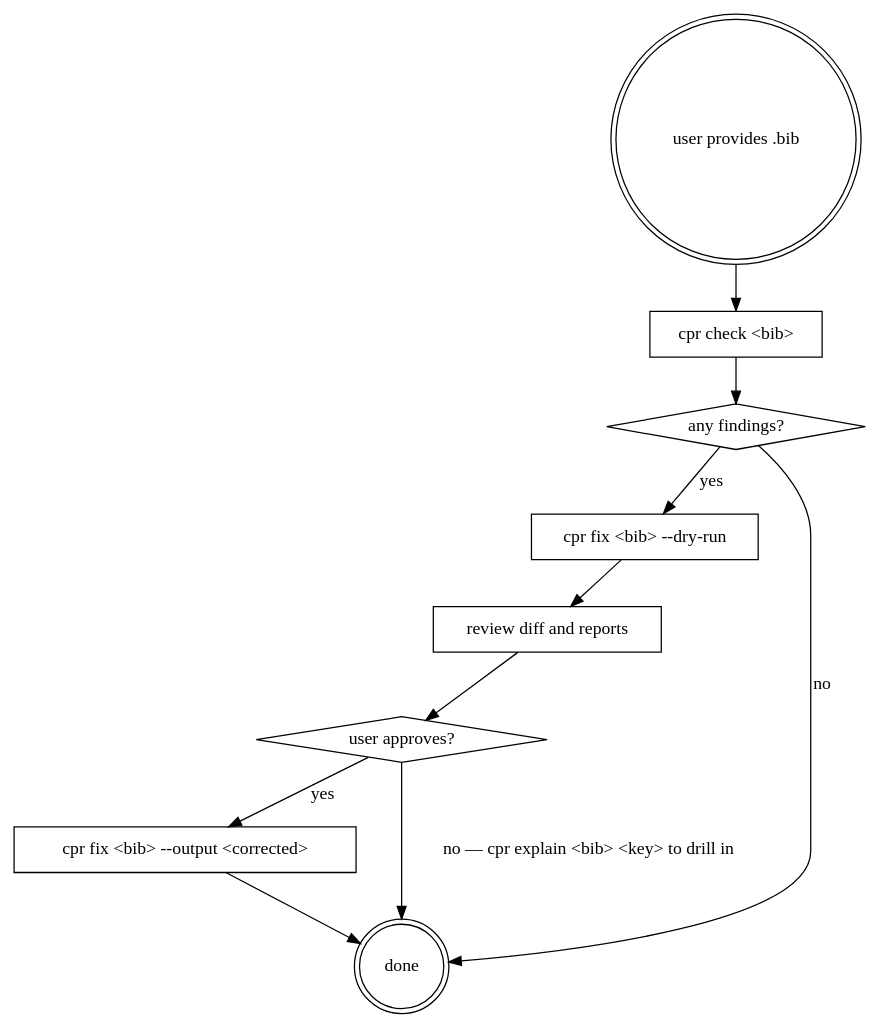
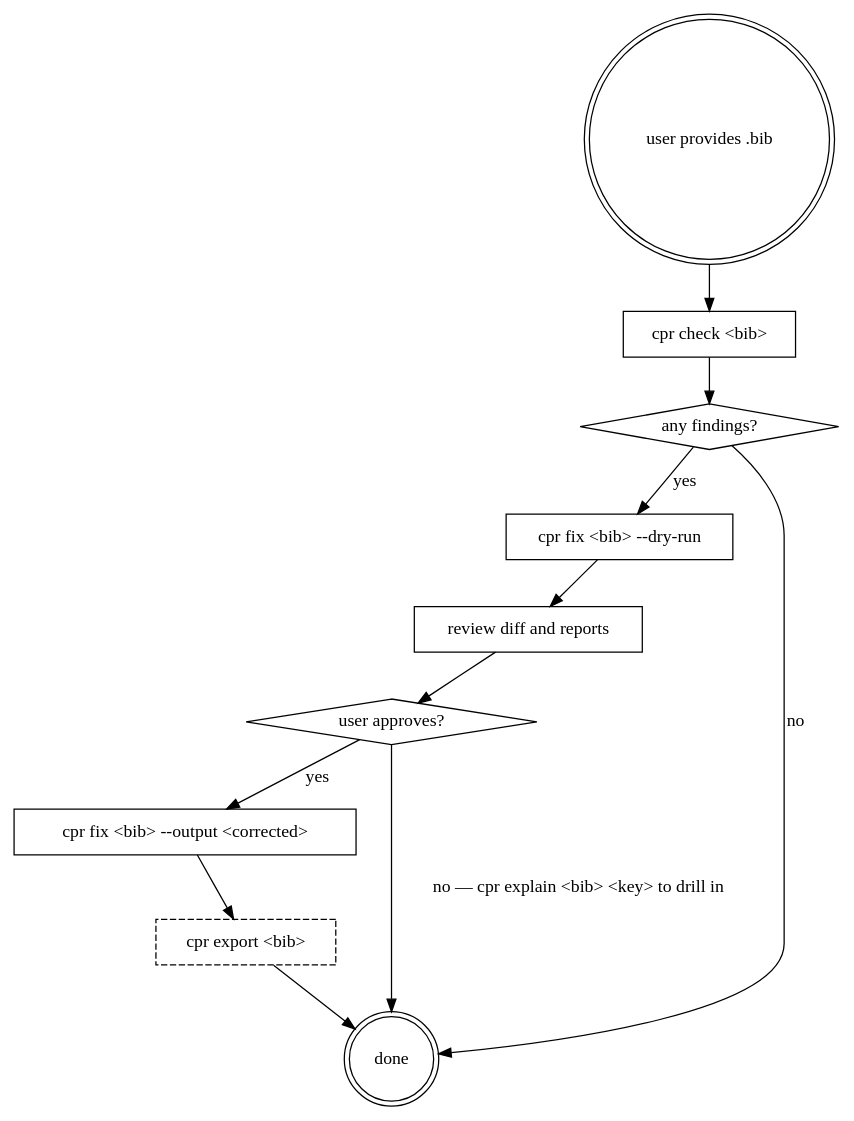
One commit to 959AI994/bibcpr changed the diagram in skills/correct-paper-reference/SKILL.md. Above: the diagram before and after it, drawn with Graphviz. The commit also changed other lines of this file and 12 other files, not shown here.

First line of the commit message:
Add cpr export — verified BibTeX + provider-agnostic LLM check

````diff
--- a/skills/correct-paper-reference/SKILL.md
+++ b/skills/correct-paper-reference/SKILL.md
@@ -22,22 +21,24 @@
 ```dot
 digraph cpr_flow {
   "user provides .bib" [shape=doublecircle];
   "cpr check <bib>" [shape=box];
   "any findings?" [shape=diamond];
   "cpr fix <bib> --dry-run" [shape=box];
   "review diff and reports" [shape=box];
   "user approves?" [shape=diamond];
   "cpr fix <bib> --output <corrected>" [shape=box];
+  "cpr export <bib>" [shape=box, style=dashed];
   "done" [shape=doublecircle];
 
   "user provides .bib" -> "cpr check <bib>";
   "cpr check <bib>" -> "any findings?";
   "any findings?" -> "done" [label="no"];
   "any findings?" -> "cpr fix <bib> --dry-run" [label="yes"];
   "cpr fix <bib> --dry-run" -> "review diff and reports";
   "review diff and reports" -> "user approves?";
   "user approves?" -> "done" [label="no — cpr explain <bib> <key> to drill in"];
   "user approves?" -> "cpr fix <bib> --output <corrected>" [label="yes"];
-  "cpr fix <bib> --output <corrected>" -> "done";
+  "cpr fix <bib> --output <corrected>" -> "cpr export <bib>";
+  "cpr export <bib>" -> "done";
 }
 ```
````
